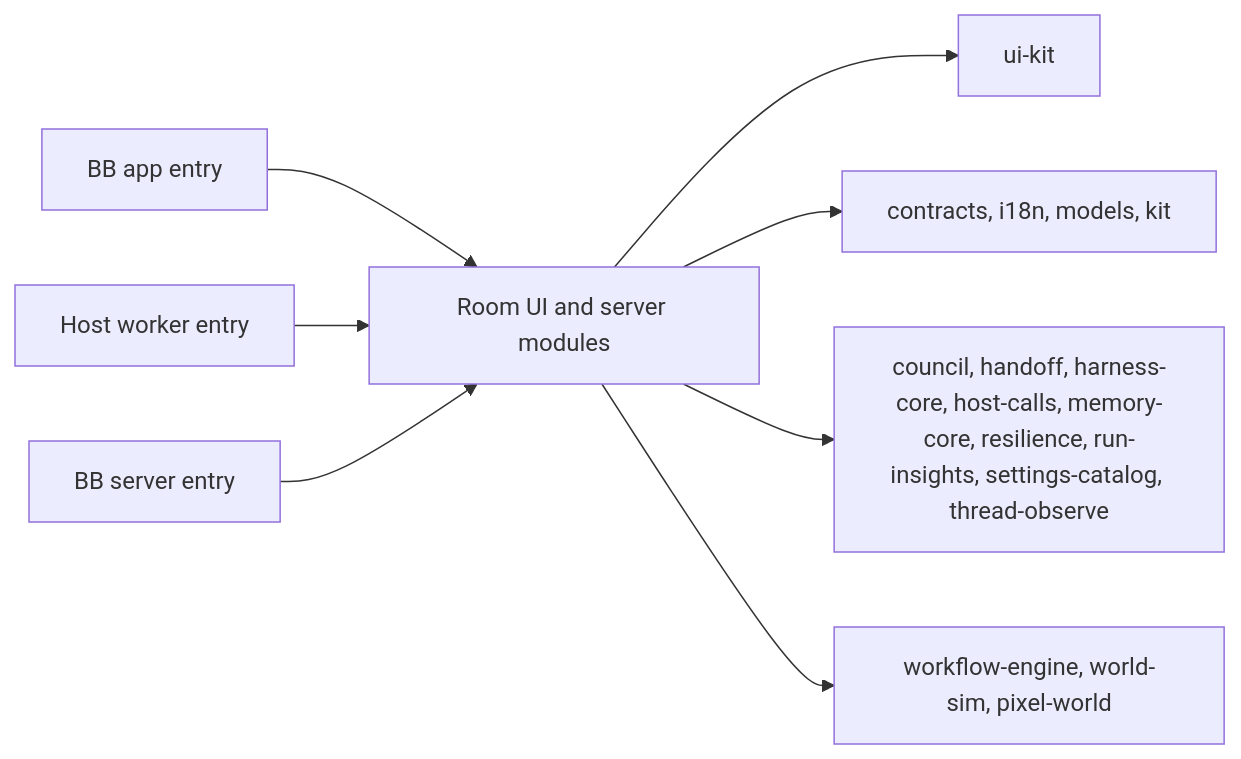
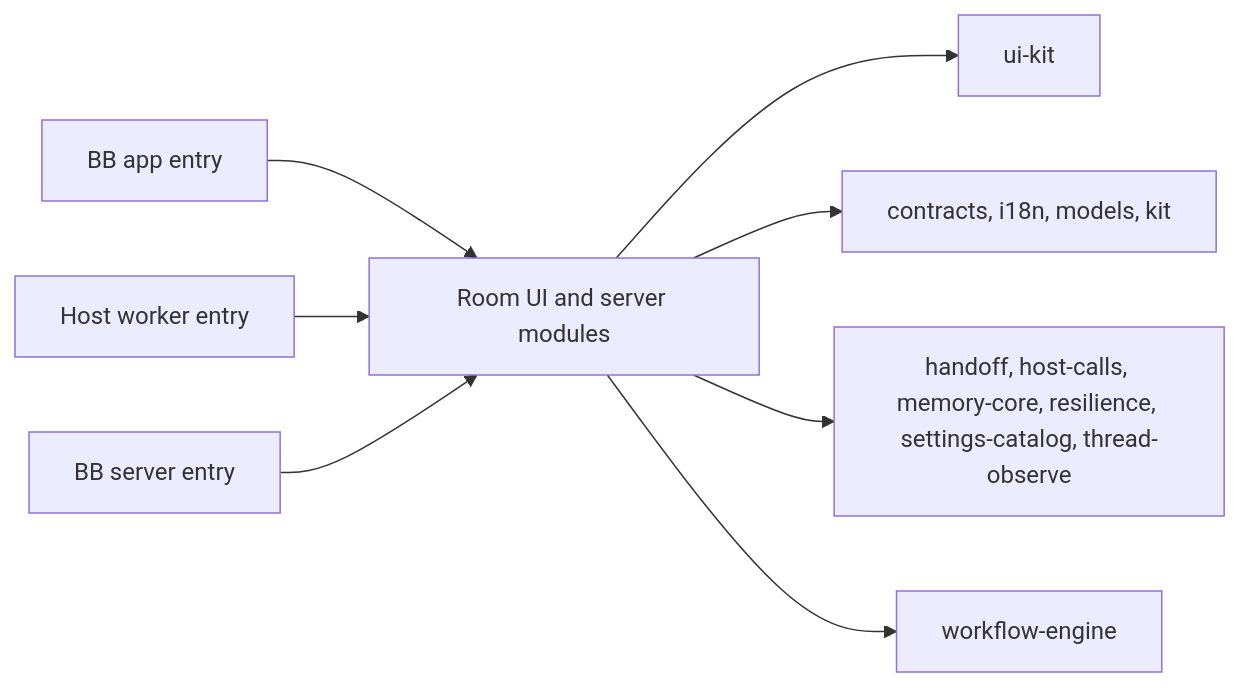
One commit to VKirill/bb-plugin-lane-pilot changed the second of 2 diagrams in docs/architecture.md. Above: the diagram before and after it, drawn with Mermaid. The commit also changed other lines of this file and 4392 other files, not shown here.

First line of the commit message:
feat: pause, prune, one scheduler, one architecture (0.1.610)

````diff
--- a/docs/architecture.md
+++ b/docs/architecture.md
@@ -77,18 +76,18 @@
 ```mermaid
 flowchart LR
   app[BB app entry]
   server[BB server entry]
   host[Host worker entry]
   rooms[Room UI and server modules]
   ui[ui-kit]
   shared[contracts, i18n, models, kit]
-  domains[council, handoff, harness-core, host-calls, memory-core, resilience, run-insights, settings-catalog, thread-observe]
-  engines[workflow-engine, world-sim, pixel-world]
+  domains[handoff, host-calls, memory-core, resilience, settings-catalog, thread-observe]
+  engine[workflow-engine]
   app --> rooms
   host --> rooms
   rooms --> ui
   rooms --> shared
   server --> rooms
   rooms --> domains
-  rooms --> engines
+  rooms --> engine
 ```
````
